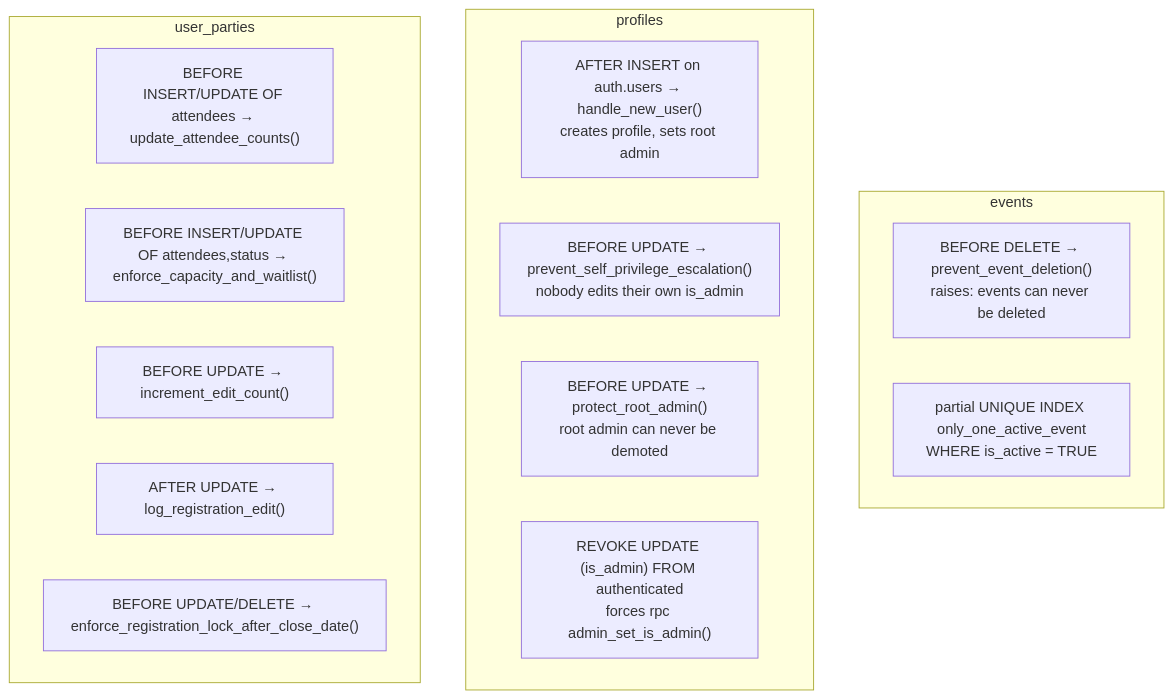
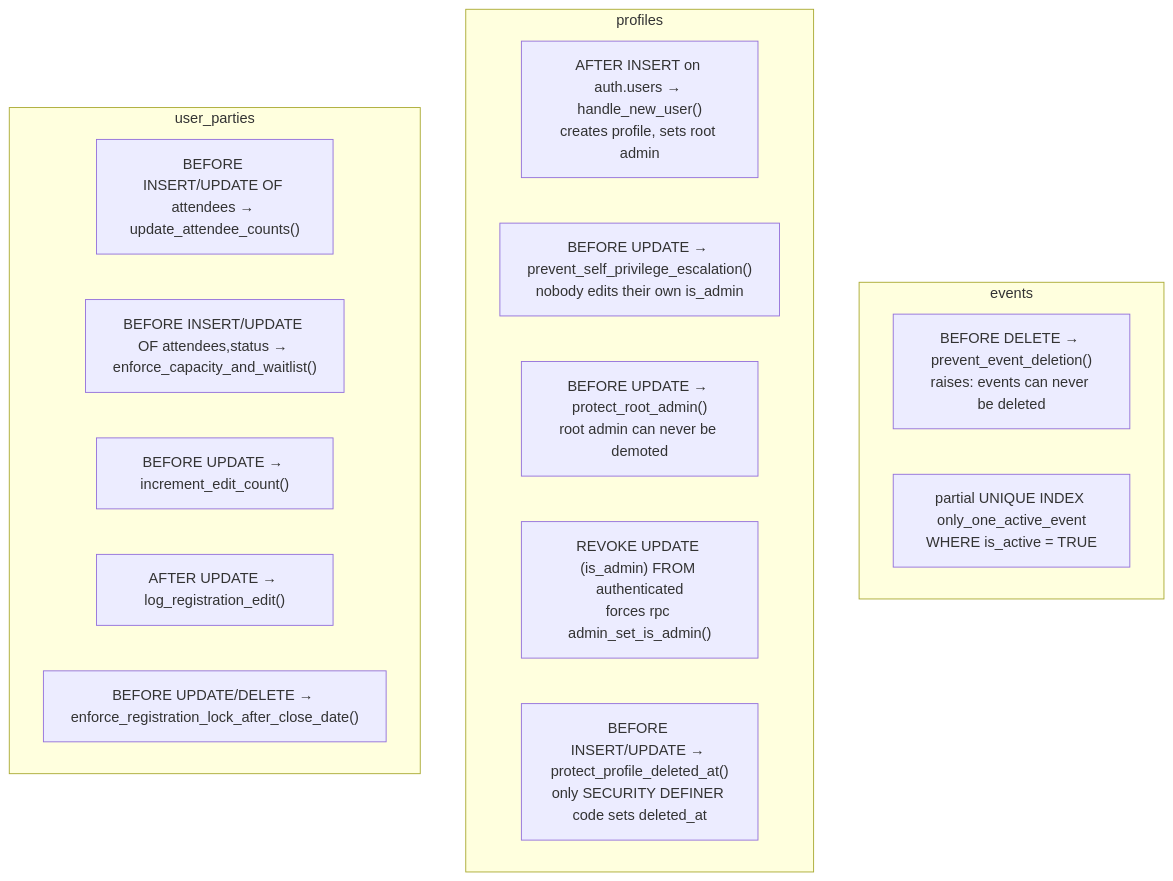
Before and after one commit to YULmix/yulmix-la-bedaine: the second of 2 diagrams in docs/03-data-model.md, drawn with Mermaid. The commit also changed other lines of this file and 13 other files, not shown here.

````diff
--- a/docs/03-data-model.md
+++ b/docs/03-data-model.md
@@ -205,20 +207,21 @@
 ```mermaid
 flowchart TD
   subgraph events
     E1["BEFORE DELETE → prevent_event_deletion()<br/>raises: events can never be deleted"]
     E2["partial UNIQUE INDEX only_one_active_event<br/>WHERE is_active = TRUE"]
   end
   subgraph profiles
     P1["AFTER INSERT on auth.users → handle_new_user()<br/>creates profile, sets root admin"]
     P2["BEFORE UPDATE → prevent_self_privilege_escalation()<br/>nobody edits their own is_admin"]
     P3["BEFORE UPDATE → protect_root_admin()<br/>root admin can never be demoted"]
     P4["REVOKE UPDATE (is_admin) FROM authenticated<br/>forces rpc admin_set_is_admin()"]
+    P5["BEFORE INSERT/UPDATE → protect_profile_deleted_at()<br/>only SECURITY DEFINER code sets deleted_at"]
   end
   subgraph user_parties
     U1["BEFORE INSERT/UPDATE OF attendees → update_attendee_counts()"]
     U2["BEFORE INSERT/UPDATE OF attendees,status → enforce_capacity_and_waitlist()"]
     U3["BEFORE UPDATE → increment_edit_count()"]
     U4["AFTER UPDATE → log_registration_edit()"]
     U5["BEFORE UPDATE/DELETE → enforce_registration_lock_after_close_date()"]
   end
 ```
````
